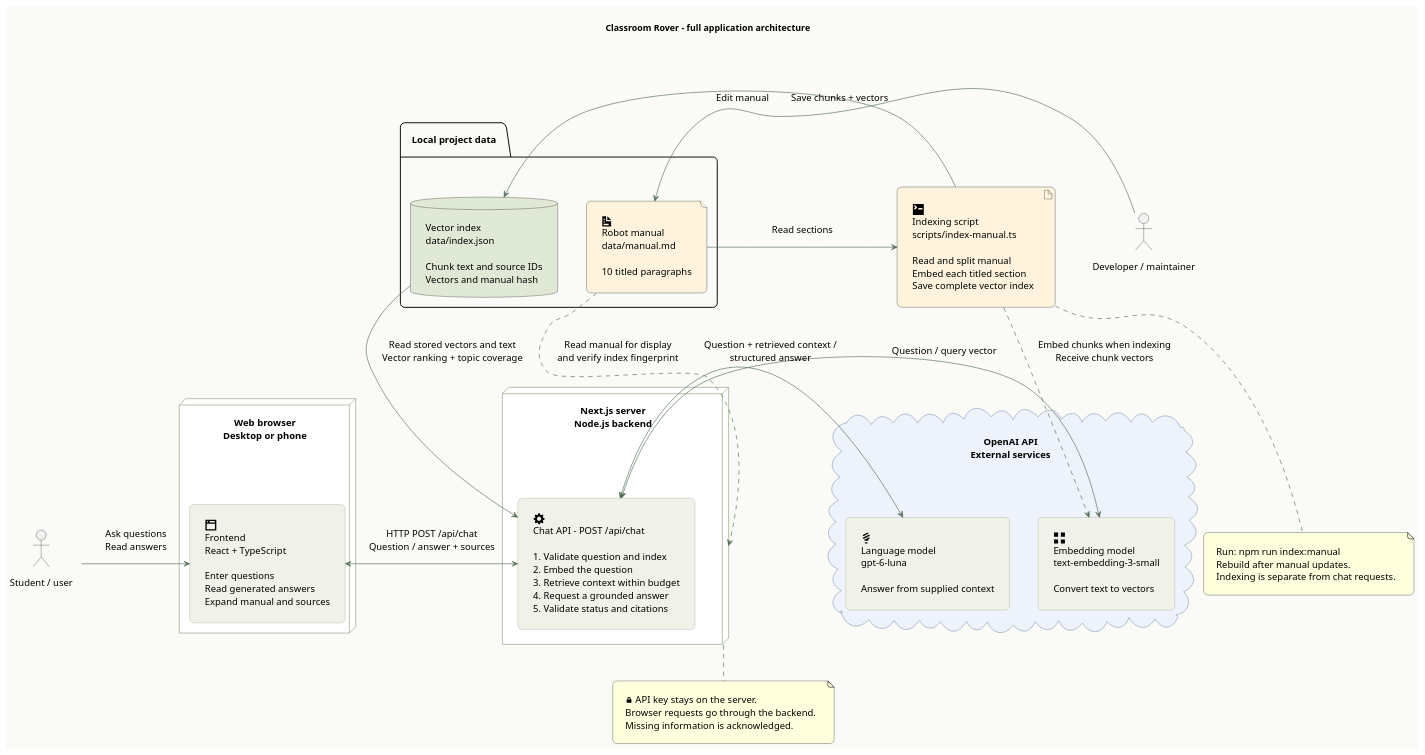
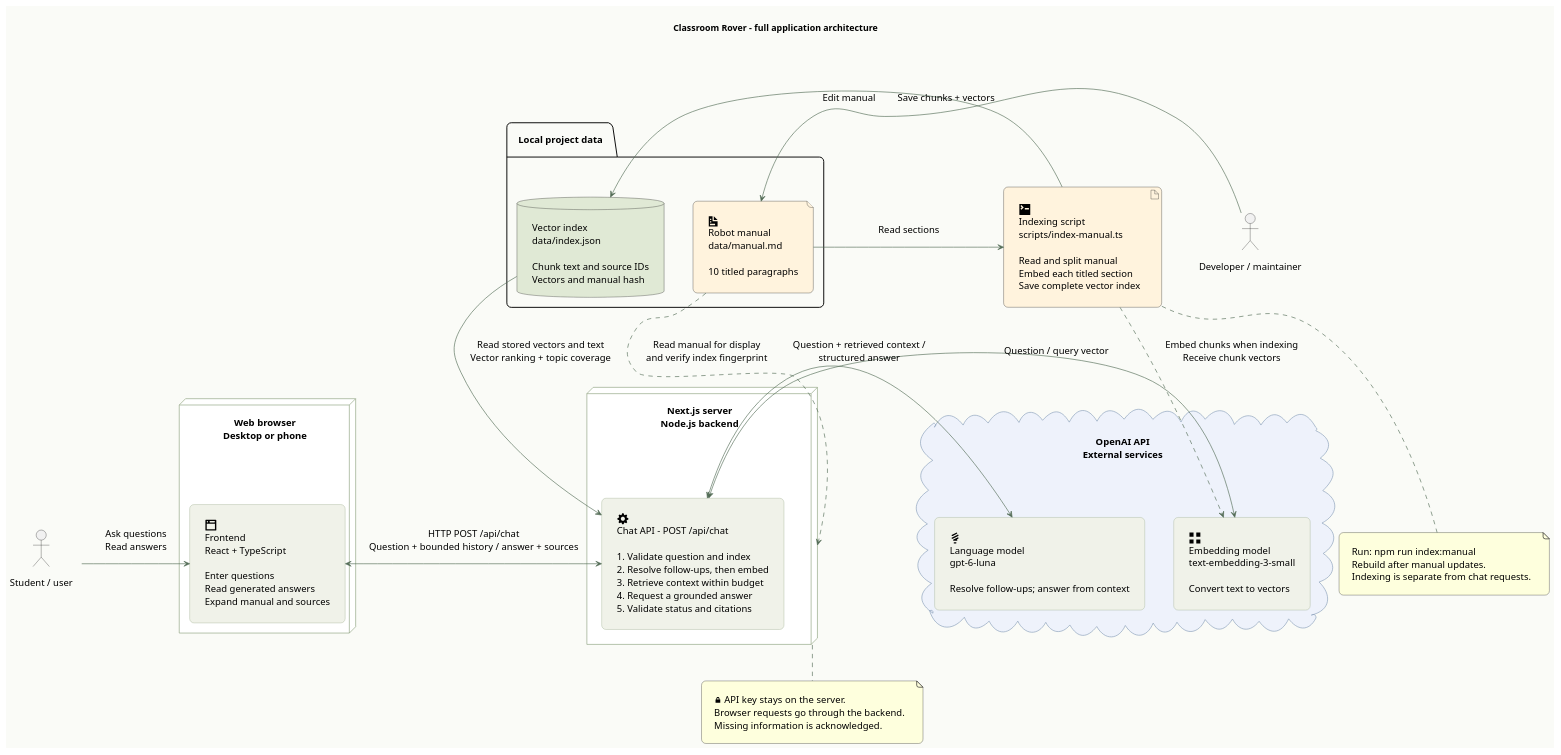
The diagram in docs/architecture-overview.puml (vstrah00/robot-manual-rag), drawn with PlantUML before and after one commit. The commit also changed 16 other files, not shown here.

Commit message:
Support grounded follow-up questions and document Vercel rate protection

```diff
--- a/docs/architecture-overview.puml
+++ b/docs/architecture-overview.puml
@@ -1,64 +1,64 @@
 @startuml
 title Classroom Rover - full application architecture
 skinparam backgroundColor #FAFBF7
 skinparam shadowing false
 skinparam roundcorner 14
 skinparam defaultFontName Arial
 skinparam defaultFontSize 15
 skinparam nodesep 45
 skinparam ranksep 65
 skinparam padding 14
 skinparam ArrowColor #526B55
 skinparam componentStyle rectangle
 skinparam componentBackgroundColor #F0F2E9
 skinparam componentBorderColor #8DA17E
 skinparam nodeBackgroundColor #FFFFFF
 skinparam nodeBorderColor #8DA17E
 skinparam cloudBackgroundColor #EEF2FB
 skinparam cloudBorderColor #879CB8
 skinparam databaseBackgroundColor #E0E9D5
 skinparam artifactBackgroundColor #FFF3DD
 skinparam fileBackgroundColor #FFF3DD
 
 actor "Student / user" as user
 node "Web browser\nDesktop or phone" as browser {
   component "<size:26><&browser></size>\nFrontend\nReact + TypeScript\n\nEnter questions\nRead generated answers\nExpand manual and sources" as frontend
 }
 node "Next.js server\nNode.js backend" as server {
-  component "<size:26><&cog></size>\nChat API - POST /api/chat\n\n1. Validate question and index\n2. Embed the question\n3. Retrieve context within budget\n4. Request a grounded answer\n5. Validate status and citations" as backend
+  component "<size:26><&cog></size>\nChat API - POST /api/chat\n\n1. Validate question and index\n2. Resolve follow-ups, then embed\n3. Retrieve context within budget\n4. Request a grounded answer\n5. Validate status and citations" as backend
 }
 cloud "OpenAI API\nExternal services" as openai {
   component "<size:26><&grid-two-up></size>\nEmbedding model\ntext-embedding-3-small\n\nConvert text to vectors" as embedding
-  component "<size:26><&lightbulb></size>\nLanguage model\ngpt-6-luna\n\nAnswer from supplied context" as llm
+  component "<size:26><&lightbulb></size>\nLanguage model\ngpt-6-luna\n\nResolve follow-ups; answer from context" as llm
 }
 
 user -right-> frontend : Ask questions\nRead answers
-frontend <-right-> backend : HTTP POST /api/chat\nQuestion / answer + sources
+frontend <-right-> backend : HTTP POST /api/chat\nQuestion + bounded history / answer + sources
 backend <-right-> embedding : Question / query vector
 backend <-right-> llm : Question + retrieved context /\nstructured answer
 
 folder "Local project data" as storage {
   file "<size:24><&document></size>\nRobot manual\ndata/manual.md\n\n10 titled paragraphs" as manual
   database "Vector index\ndata/index.json\n\nChunk text and source IDs\nVectors and manual hash" as index
 }
 actor "Developer / maintainer" as developer
 artifact "<size:26><&terminal></size>\nIndexing script\nscripts/index-manual.ts\n\nRead and split manual\nEmbed each titled section\nSave complete vector index" as indexing
 
 developer -right-> manual : Edit manual
 manual -right-> indexing : Read sections
 indexing -right-> index : Save chunks + vectors
 index -up-> backend : Read stored vectors and text\nVector ranking + topic coverage
 indexing ..> embedding : Embed chunks when indexing\nReceive chunk vectors
 manual ..> server : Read manual for display\nand verify index fingerprint
 
 note bottom of indexing
   Run: npm run index:manual
   Rebuild after manual updates.
   Indexing is separate from chat requests.
 end note
 note bottom of server
   <&lock-locked> API key stays on the server.
   Browser requests go through the backend.
   Missing information is acknowledged.
 end note
 @enduml
```
